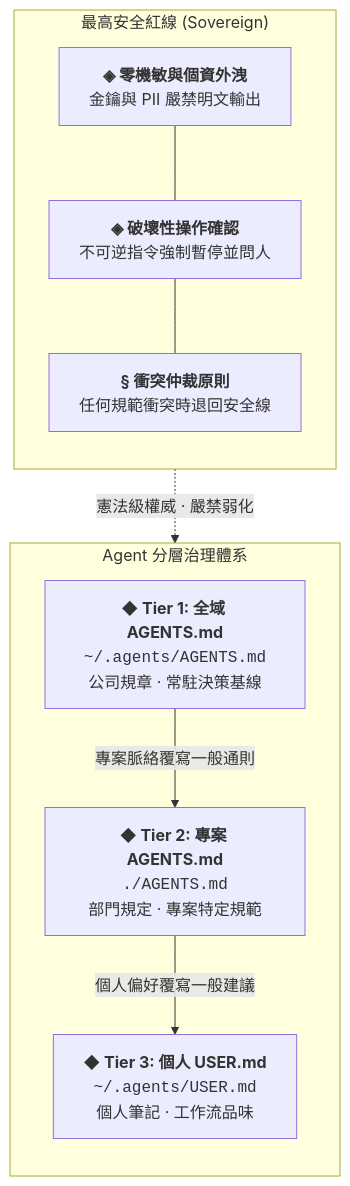
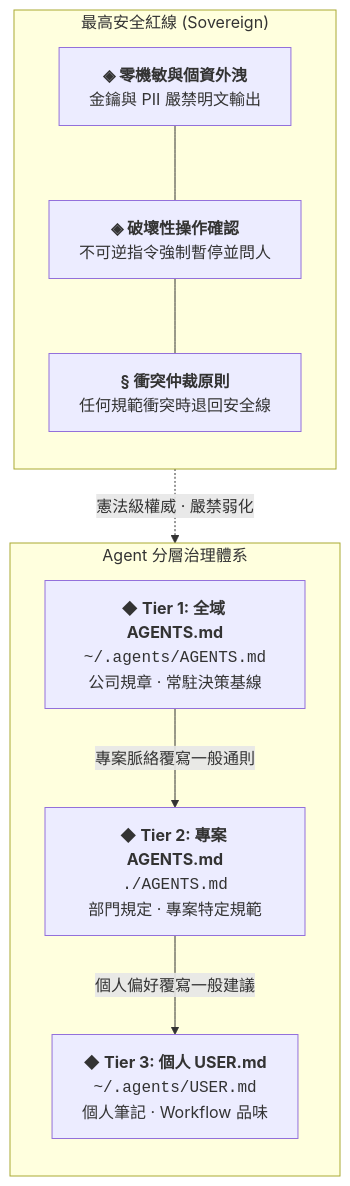
The diagram in src/content/docs/zh-tw/blog/global-agents-architecture.md (akunzai/akunzai.github.io), drawn with Mermaid before and after one commit. The commit also changed other lines of this file and 13 other files, not shown here.

````diff
--- a/src/content/docs/zh-tw/blog/global-agents-architecture.md
+++ b/src/content/docs/zh-tw/blog/global-agents-architecture.md
@@ -56,22 +57,22 @@
 ```mermaid
 flowchart TD
     subgraph Governance["Agent 分層治理體系"]
         direction TB
         T1["<b>◆ Tier 1: 全域 AGENTS.md</b><br/><code>~/.agents/AGENTS.md</code><br/>公司規章 · 常駐決策基線"]
         T2["<b>◆ Tier 2: 專案 AGENTS.md</b><br/><code>./AGENTS.md</code><br/>部門規定 · 專案特定規範"]
-        T3["<b>◆ Tier 3: 個人 USER.md</b><br/><code>~/.agents/USER.md</code><br/>個人筆記 · 工作流品味"]
+        T3["<b>◆ Tier 3: 個人 USER.md</b><br/><code>~/.agents/USER.md</code><br/>個人筆記 · Workflow 品味"]
 
         T1 -->|專案脈絡覆寫一般通則| T2
         T2 -->|個人偏好覆寫一般建議| T3
     end
 
     subgraph Security["最高安全紅線 (Sovereign)"]
         direction TB
         S1["<b>◈ 零機敏與個資外洩</b><br/>金鑰與 PII 嚴禁明文輸出"]
         S2["<b>◈ 破壞性操作確認</b><br/>不可逆指令強制暫停並問人"]
         S3["<b>§ 衝突仲裁原則</b><br/>任何規範衝突時退回安全線"]
         S1 --- S2 --- S3
     end
 
     Security -.->|憲法級權威 · 嚴禁弱化| Governance
 ```
````
